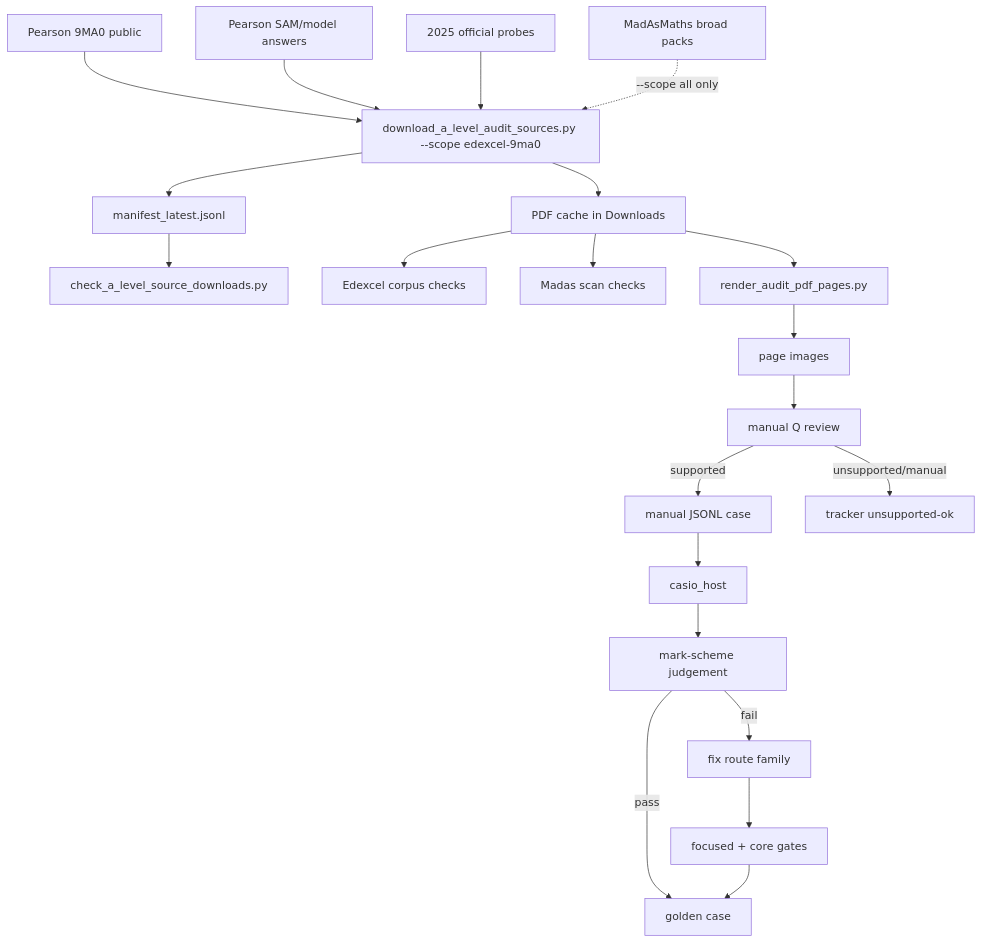
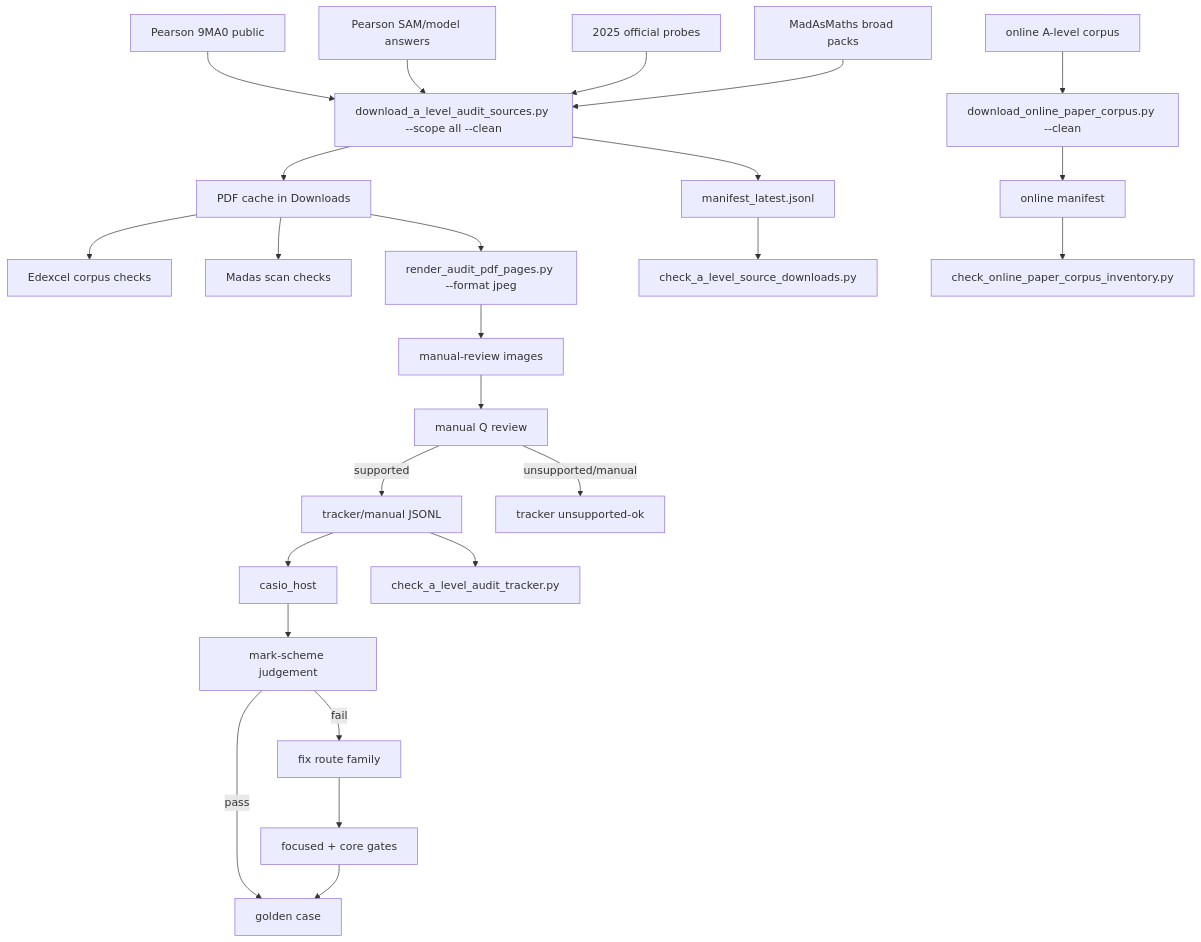
One commit to james8464/notes-addin-casio-fx-cg50 changed the diagram in c++/tools/golden/a_level_audit_graph.md. Above: the diagram before and after it, drawn with Mermaid. The commit also changed 11 other files, not shown here.

````diff
--- a/c++/tools/golden/a_level_audit_graph.md
+++ b/c++/tools/golden/a_level_audit_graph.md
@@ -3,23 +3,27 @@
 ```mermaid
 graph TD
-  E1["Pearson 9MA0 public"] --> D["download_a_level_audit_sources.py --scope edexcel-9ma0"]
+  E1["Pearson 9MA0 public"] --> D["download_a_level_audit_sources.py --scope all --clean"]
   E2["Pearson SAM/model answers"] --> D
   E3["2025 official probes"] --> D
-  M1["MadAsMaths broad packs"] -. "--scope all only" .-> D
+  M1["MadAsMaths broad packs"] --> D
+  O1["online A-level corpus"] --> OD["download_online_paper_corpus.py --clean"]
   D --> P["PDF cache in Downloads"]
   D --> X["manifest_latest.jsonl"]
+  OD --> OX["online manifest"]
   X --> V["check_a_level_source_downloads.py"]
+  OX --> OV["check_online_paper_corpus_inventory.py"]
   P --> E["Edexcel corpus checks"]
   P --> S["Madas scan checks"]
-  P --> R["render_audit_pdf_pages.py"]
-  R --> I["page images"]
+  P --> R["render_audit_pdf_pages.py --format jpeg"]
+  R --> I["manual-review images"]
   I --> Q["manual Q review"]
-  Q -->|supported| J["manual JSONL case"]
+  Q -->|supported| J["tracker/manual JSONL"]
   Q -->|unsupported/manual| U["tracker unsupported-ok"]
   J --> H["casio_host"]
+  J --> K["check_a_level_audit_tracker.py"]
   H --> C["mark-scheme judgement"]
   C -->|pass| G["golden case"]
   C -->|fail| F["fix route family"]
   F --> T["focused + core gates"]
   T --> G
 ```
````
